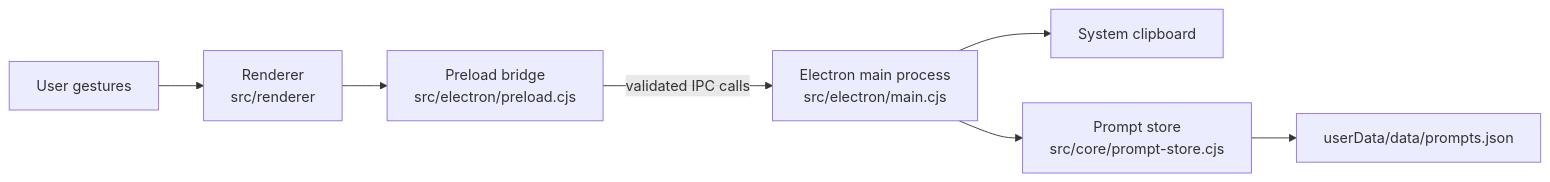
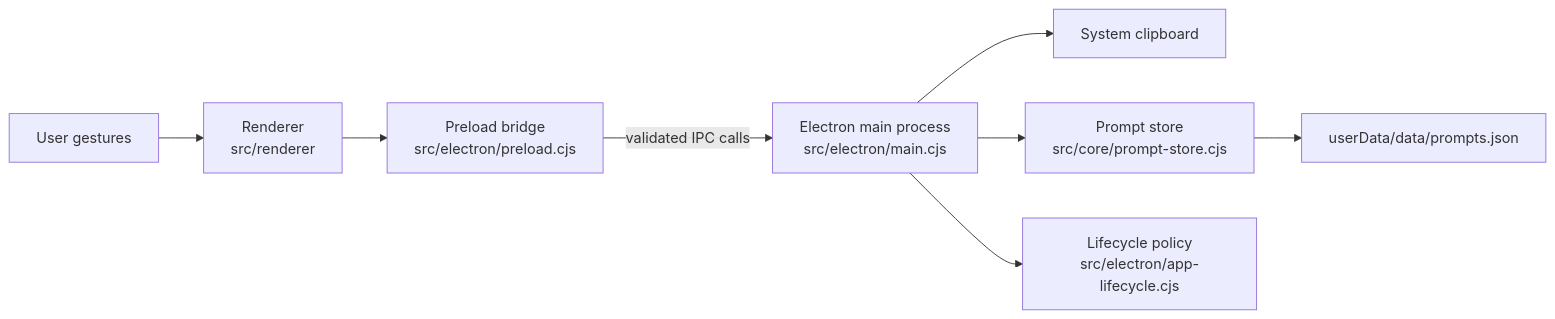
One commit to QIUQIU-KONG/desk-pet-prompt-book changed the diagram in docs/architecture.md. Above: the diagram before and after it, drawn with Mermaid. The commit also changed other lines of this file and 33 other files, not shown here.

````diff
--- a/docs/architecture.md
+++ b/docs/architecture.md
@@ -7,9 +7,10 @@
 ```mermaid
 flowchart LR
   User["User gestures"] --> Renderer["Renderer\nsrc/renderer"]
   Renderer --> Preload["Preload bridge\nsrc/electron/preload.cjs"]
   Preload -->|"validated IPC calls"| Main["Electron main process\nsrc/electron/main.cjs"]
   Main --> Clipboard["System clipboard"]
   Main --> Store["Prompt store\nsrc/core/prompt-store.cjs"]
+  Main --> Lifecycle["Lifecycle policy\nsrc/electron/app-lifecycle.cjs"]
   Store --> Json["userData/data/prompts.json"]
 ```
````
